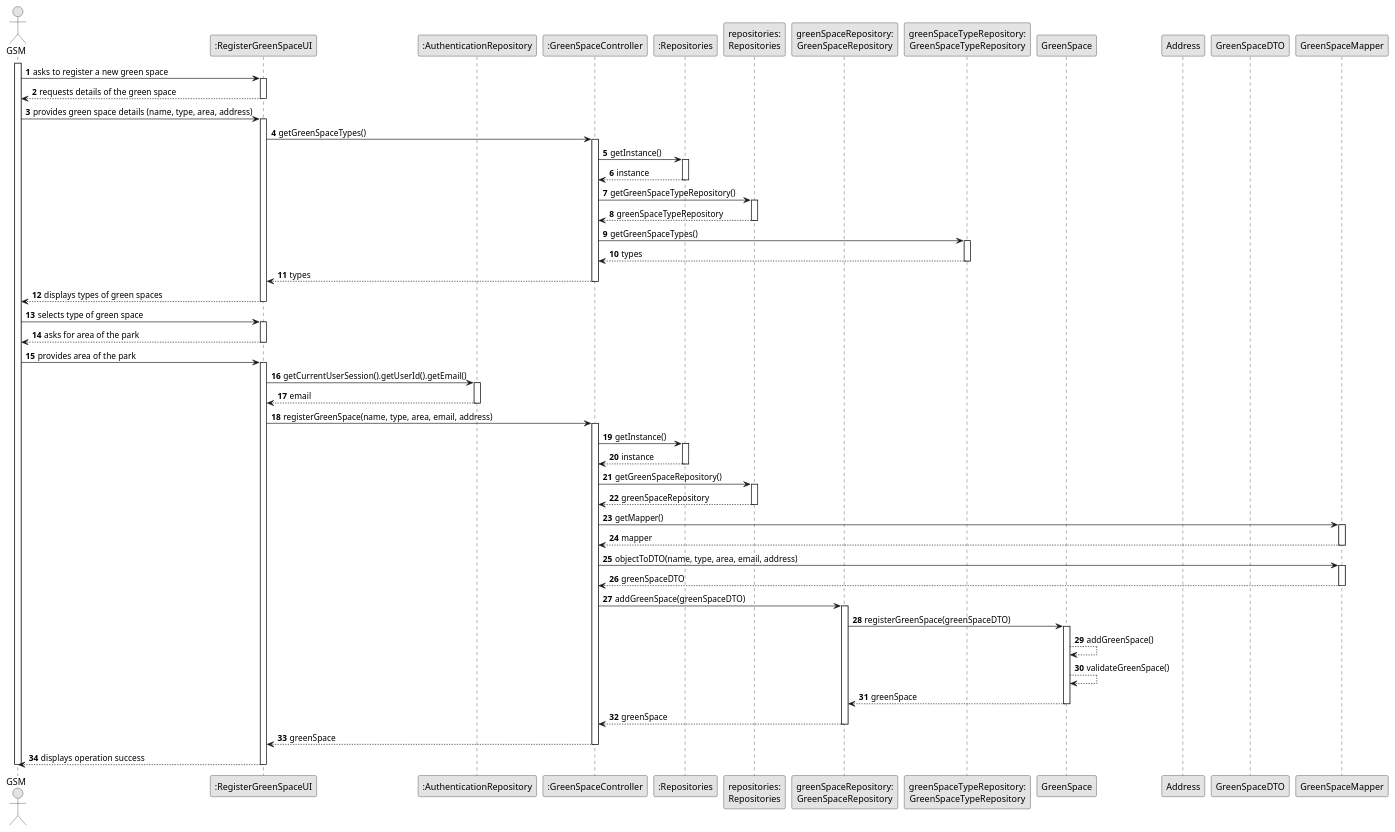
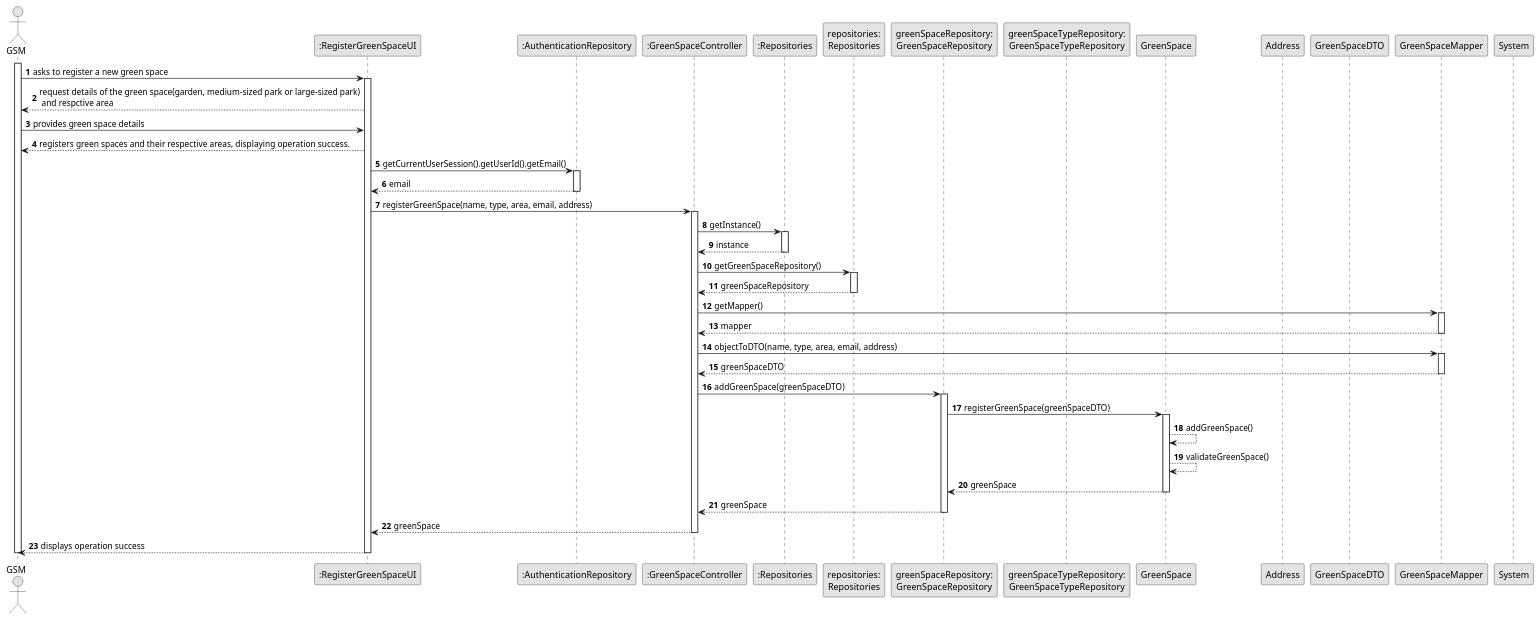
The diagram in docs/sprintC/us020/03.design/puml/us020-sequence-diagram-full.puml (Departamento-de-Engenharia-Informatica/lei-24-s2-1dkl-g134), drawn with PlantUML before and after one commit.

Commit message:
US020 Class Diagram Full Done(Update)

```diff
--- a/docs/sprintC/us020/03.design/puml/us020-sequence-diagram-full.puml
+++ b/docs/sprintC/us020/03.design/puml/us020-sequence-diagram-full.puml
@@ -1,121 +1,90 @@
 @startuml
 skinparam monochrome true
 skinparam packageStyle rectangle
 skinparam shadowing false
 
 autonumber
 
 actor "GSM" as GSM
 participant ":RegisterGreenSpaceUI" as UI
 participant ":AuthenticationRepository" as AuthenticationRepository
 participant ":GreenSpaceController" as GreenSpaceController
 participant ":Repositories" as Repositories
 participant "repositories:\nRepositories" as RepositoriesInstance
 participant "greenSpaceRepository:\nGreenSpaceRepository" as GreenSpaceRepository
 participant "greenSpaceTypeRepository:\nGreenSpaceTypeRepository" as GreenSpaceTypeRepository
 participant "GreenSpace" as GreenSpace
 participant "Address" as Address
 participant "GreenSpaceDTO" as GreenSpaceDTO
 participant "GreenSpaceMapper" as GreenSpaceMapper
 
 activate GSM
 
     GSM -> UI : asks to register a new green space
-    activate UI
 
-        UI --> GSM : requests details of the green space
+        activate UI
 
-    deactivate UI
+            UI --> GSM : request details of the green space(garden, medium-sized park or large-sized park)\n and respctive area
+        deactivate System
 
-    GSM -> UI : provides green space details (name, type, area, address)
-    activate UI
+        GSM -> UI : provides green space details
 
-        UI -> GreenSpaceController : getGreenSpaceTypes()
-        activate GreenSpaceController
 
-            GreenSpaceController -> Repositories : getInstance()
-            activate Repositories
+           UI --> GSM : registers green spaces and their respective areas, displaying operation success.
 
-                Repositories --> GreenSpaceController : instance
-            deactivate Repositories
 
-            GreenSpaceController -> RepositoriesInstance : getGreenSpaceTypeRepository()
-            activate RepositoriesInstance
 
-                RepositoriesInstance --> GreenSpaceController : greenSpaceTypeRepository
-            deactivate RepositoriesInstance
-
-            GreenSpaceController -> GreenSpaceTypeRepository : getGreenSpaceTypes()
-            activate GreenSpaceTypeRepository
-
-                GreenSpaceTypeRepository --> GreenSpaceController : types
-            deactivate GreenSpaceTypeRepository
-
-            GreenSpaceController --> UI : types
-        deactivate GreenSpaceController
-
-        UI --> GSM : displays types of green spaces
-    deactivate UI
-
-    GSM -> UI : selects type of green space
-    activate UI
-
-        UI --> GSM : asks for area of the park
-    deactivate UI
-
-    GSM -> UI : provides area of the park
-    activate UI
 
         UI -> AuthenticationRepository : getCurrentUserSession().getUserId().getEmail()
         activate AuthenticationRepository
 
             AuthenticationRepository --> UI : email
         deactivate AuthenticationRepository
 
         UI -> GreenSpaceController : registerGreenSpace(name, type, area, email, address)
         activate GreenSpaceController
 
             GreenSpaceController -> Repositories : getInstance()
             activate Repositories
 
                 Repositories --> GreenSpaceController : instance
             deactivate Repositories
 
             GreenSpaceController -> RepositoriesInstance : getGreenSpaceRepository()
             activate RepositoriesInstance
 
                 RepositoriesInstance --> GreenSpaceController : greenSpaceRepository
             deactivate RepositoriesInstance
 
             GreenSpaceController -> GreenSpaceMapper : getMapper()
             activate GreenSpaceMapper
 
                 GreenSpaceMapper --> GreenSpaceController : mapper
             deactivate GreenSpaceMapper
 
             GreenSpaceController -> "GreenSpaceMapper" : objectToDTO(name, type, area, email, address)
             activate GreenSpaceMapper
 
                 "GreenSpaceMapper" --> GreenSpaceController : greenSpaceDTO
             deactivate "GreenSpaceMapper"
 
             GreenSpaceController -> GreenSpaceRepository : addGreenSpace(greenSpaceDTO)
             activate GreenSpaceRepository
 
                 GreenSpaceRepository -> GreenSpace : registerGreenSpace(greenSpaceDTO)
                 activate GreenSpace
                 GreenSpace --> GreenSpace : addGreenSpace()
                 GreenSpace --> GreenSpace : validateGreenSpace()
 
                     GreenSpace --> GreenSpaceRepository : greenSpace
                 deactivate GreenSpace
                 GreenSpaceRepository --> GreenSpaceController : greenSpace
             deactivate GreenSpaceRepository
 
             GreenSpaceController --> UI : greenSpace
         deactivate GreenSpaceController
 
         UI --> GSM : displays operation success
     deactivate UI
     deactivate GSM
 @enduml
```
